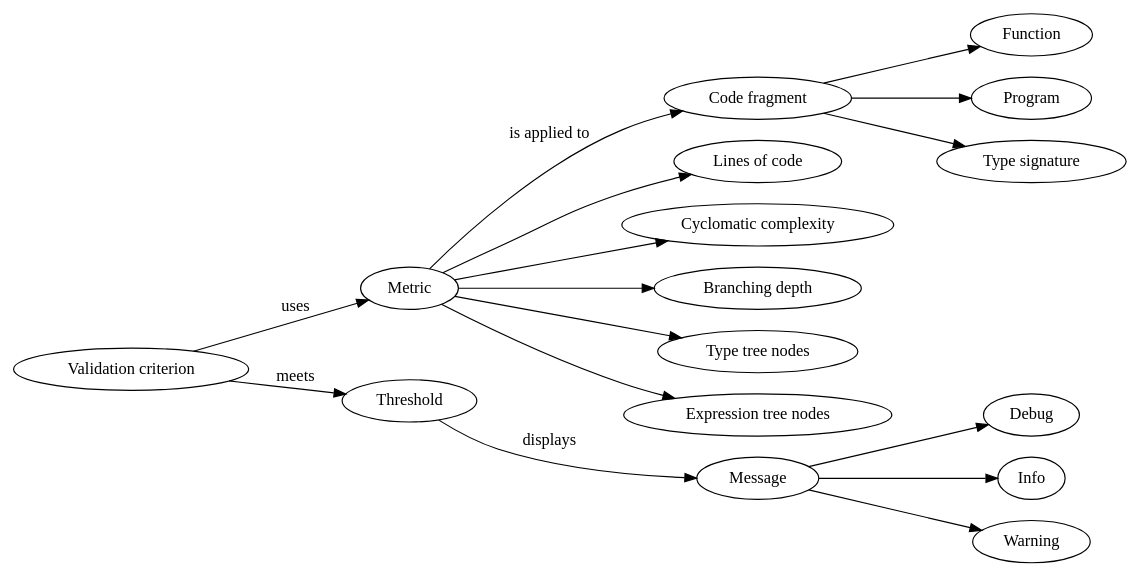
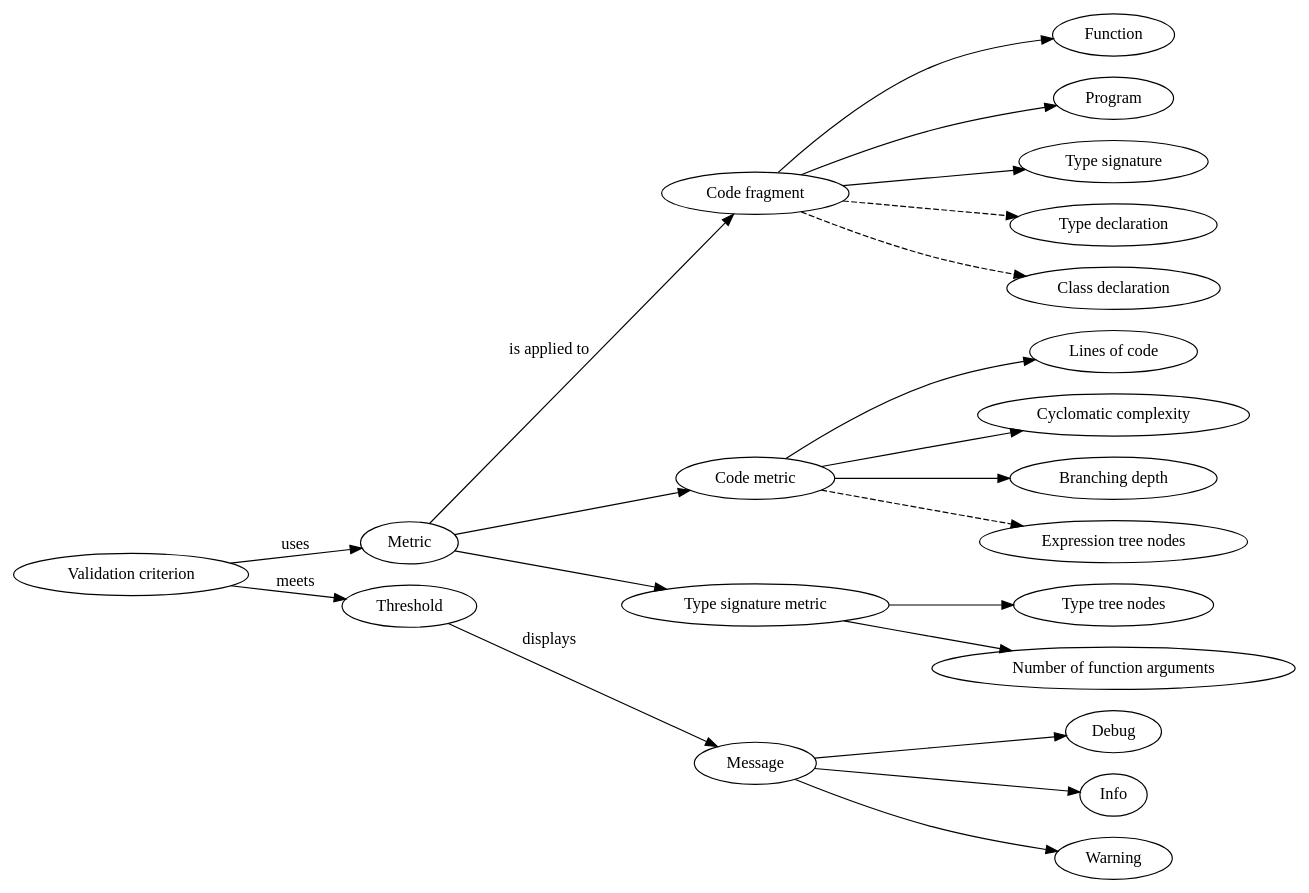
The diagram in docs/concepts.dot (migamake/homplexity), drawn with Graphviz before and after one commit. The commit also changed 8 other files, not shown here.

Commit message:
Added legend to the diagram.

```diff
--- a/docs/concepts.dot
+++ b/docs/concepts.dot
@@ -1,27 +1,36 @@
 digraph Concepts {
   rankdir=LR;
-  code    [ label="Code fragment"];
+
+  code                        [label="Code fragment"];
   code -> Function;
   code -> Program;
   code -> "Type signature";
+  code -> "Type declaration"  [style="dashed"];
+  code -> "Class declaration" [style="dashed"];
 
   Metric -> code [label="is applied to"];
 
-  Metric -> "Lines of code";
-  Metric -> "Cyclomatic complexity";
-  Metric -> "Branching depth";
+  Metric -> CodeMetric;
+  CodeMetric [label="Code metric"];
+  Metric -> TypeMetric;
+  TypeMetric [label="Type signature metric"];
+
+  CodeMetric -> "Lines of code";
+  CodeMetric -> "Cyclomatic complexity";
+  CodeMetric -> "Branching depth";
+  CodeMetric -> "Expression tree nodes" [style="dashed"];
   
-  Metric -> "Type tree nodes"       [border="dashed"];
-  Metric -> "Expression tree nodes" [border="dashed"];
+  TypeMetric -> "Type tree nodes";
+  TypeMetric -> "Number of function arguments";
   
   Criterion [label="Validation criterion"];
   Criterion -> Metric    [label="uses"];
 
   Criterion -> Threshold [label="meets"];
 
   Threshold -> Message   [label="displays"];
 
   Message -> Debug;
   Message -> Info;
   Message -> Warning;
 }
```
